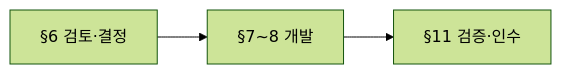
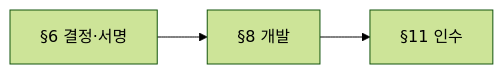
One commit to leeyodam/OTP changed the first of 3 diagrams in poc/google-otp-2fa/DESIGN_REPORT.md. Above: the diagram before and after it, drawn with Mermaid (forest theme). The commit also changed other lines of this file, not shown here.

````diff
--- a/poc/google-otp-2fa/DESIGN_REPORT.md
+++ b/poc/google-otp-2fa/DESIGN_REPORT.md
@@ -32,5 +57,5 @@
 ```mermaid
 flowchart LR
-  R[§6 검토·결정] --> D[§7~8 개발]
-  D --> V[§11 검증·인수]
+  A[§6 결정·서명] --> B[§8 개발]
+  B --> C[§11 인수]
 ```
````
